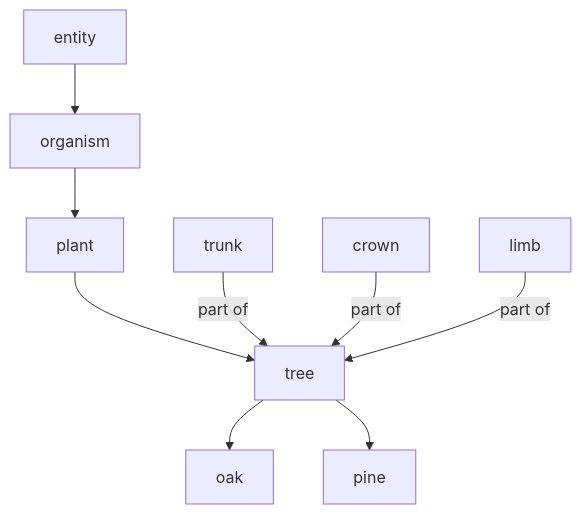
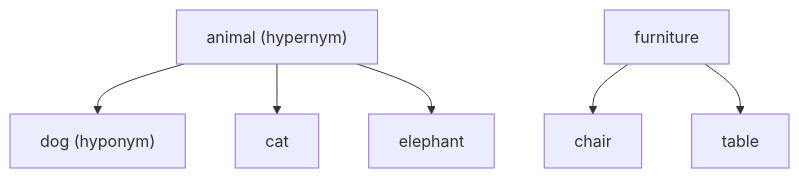
One commit to TrendySloth1001/sem-seven-notes changed the fourth of 6 diagrams in content/natural-language-processing/notes/lexical-semantics.hi.mdx. Above: the diagram before and after it, drawn with Mermaid. The commit also changed other lines of this file and 406 other files, not shown here.

````diff
--- a/content/natural-language-processing/notes/lexical-semantics.hi.mdx
+++ b/content/natural-language-processing/notes/lexical-semantics.hi.mdx
@@ -211,12 +98,9 @@
 ```mermaid
-%% caption: Do vertical relations ek picture mein. Left side mein upar jaana hypernymy hai (zyada general); neeche jaana hyponymy hai (zyada specific). Right side meronymy hai, tree ke parts.
+%% caption: Class examples par hypernym aur hyponym. Arrow general word se specific word ki taraf hai.
 flowchart TD
-  E["entity"] --> O["organism"]
-  O --> P["plant"]
-  P --> T["tree"]
-  T --> OAK["oak"]
-  T --> PINE["pine"]
-  TR["trunk"] -->|"part of"| T
-  CR["crown"] -->|"part of"| T
-  LI["limb"] -->|"part of"| T
+  A["animal (hypernym)"] --> B["dog (hyponym)"]
+  A --> C["cat"]
+  A --> D["elephant"]
+  E["furniture"] --> F["chair"]
+  E --> G["table"]
 ```
````
